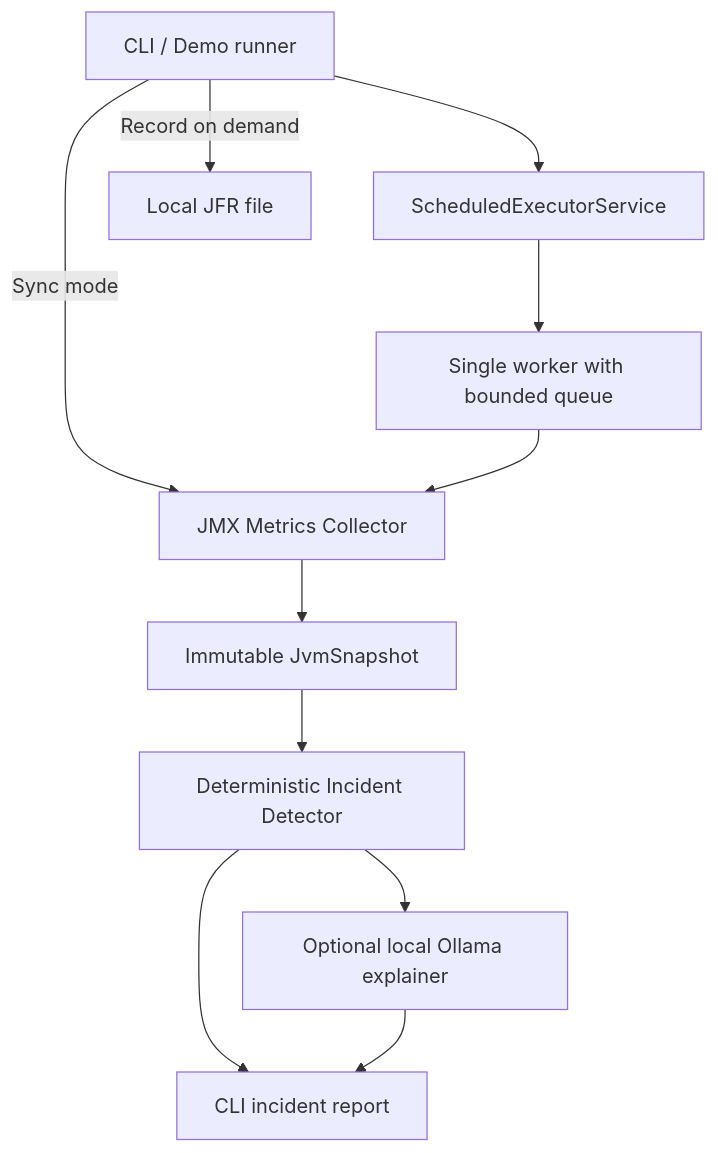
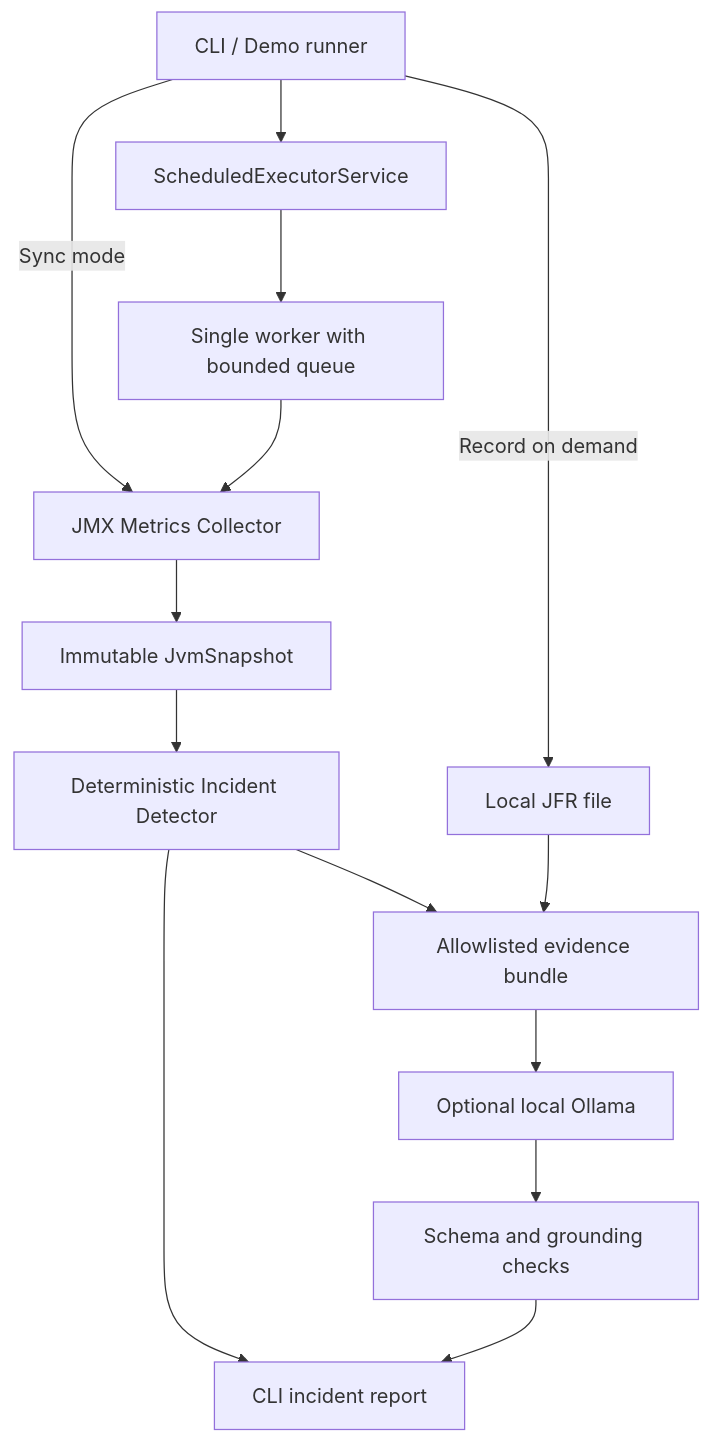
Before and after one commit to chandannitr/JVM-Sentinel-AI: the diagram in docs/ARCHITECTURE.md, drawn with Mermaid. The commit also changed other lines of this file and 18 other files, not shown here.

First line of the commit message:
Add evidence-grounded local AI advisories

````diff
--- a/docs/ARCHITECTURE.md
+++ b/docs/ARCHITECTURE.md
@@ -5,13 +5,16 @@
 ```mermaid
 flowchart TD
     CLI[CLI / Demo runner] --> SCHED[ScheduledExecutorService]
     CLI -->|Sync mode| COL[JMX Metrics Collector]
     CLI -->|Record on demand| JFR[Local JFR file]
     SCHED --> WORK[Single worker with bounded queue]
     WORK --> COL
     COL --> SNAP[Immutable JvmSnapshot]
     SNAP --> RULE[Deterministic Incident Detector]
     RULE --> OUT[CLI incident report]
-    RULE --> AI[Optional local Ollama explainer]
-    AI --> OUT
+    RULE --> EVIDENCE[Allowlisted evidence bundle]
+    JFR --> EVIDENCE
+    EVIDENCE --> AI[Optional local Ollama]
+    AI --> VALIDATE[Schema and grounding checks]
+    VALIDATE --> OUT
 ```
````
